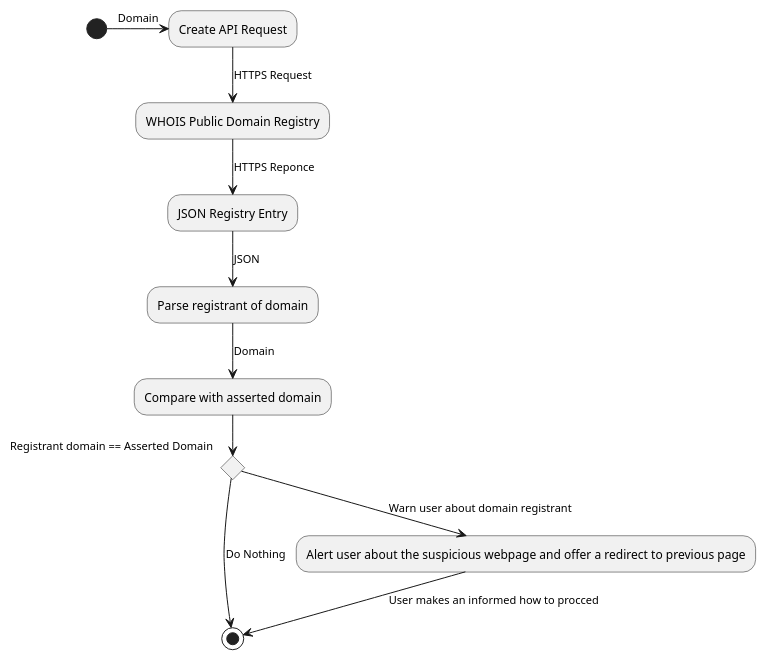
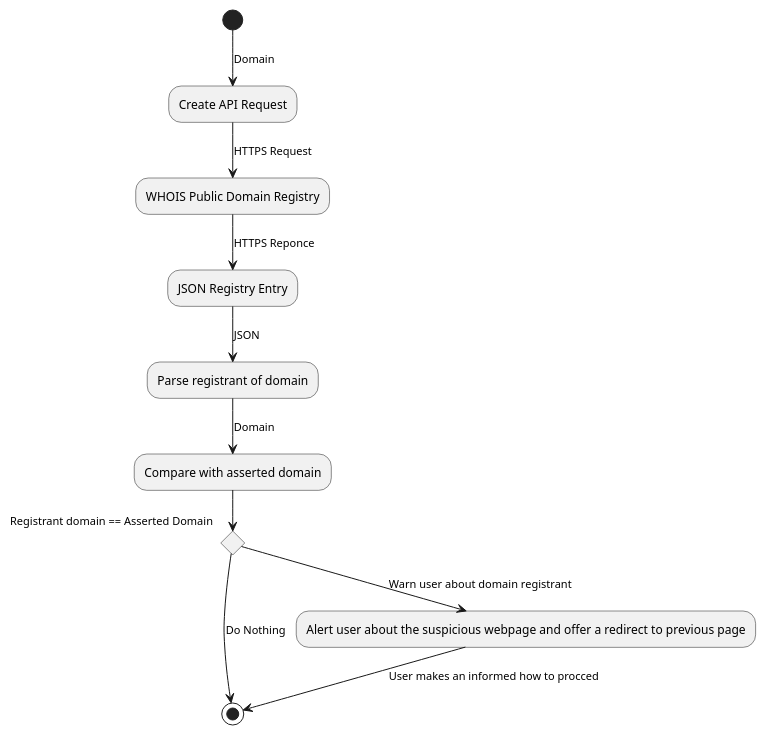
Before and after one commit to melbing1/Trawler: the diagram in whois.wsd, drawn with PlantUML. The commit also changed 1 other file, not shown here.

Commit message:
WHOIS flow chart

```diff
--- a/whois.wsd
+++ b/whois.wsd
@@ -1,13 +1,13 @@
 @startuml whois
-    (*) -> [Domain] "Create API Request"
+    (*) --> [Domain] "Create API Request"
     --> [HTTPS Request] "WHOIS Public Domain Registry"
     --> [HTTPS Reponce] "JSON Registry Entry"
     --> [JSON] "Parse registrant of domain"
     --> [Domain] "Compare with asserted domain"
     if "Registrant domain == Asserted Domain" then
         --> [Do Nothing] (*)
     else
         --> [Warn user about domain registrant] "Alert user about the suspicious webpage and offer a redirect to previous page"
         --> [User makes an informed how to procced] (*)
     endif
 @enduml
```
